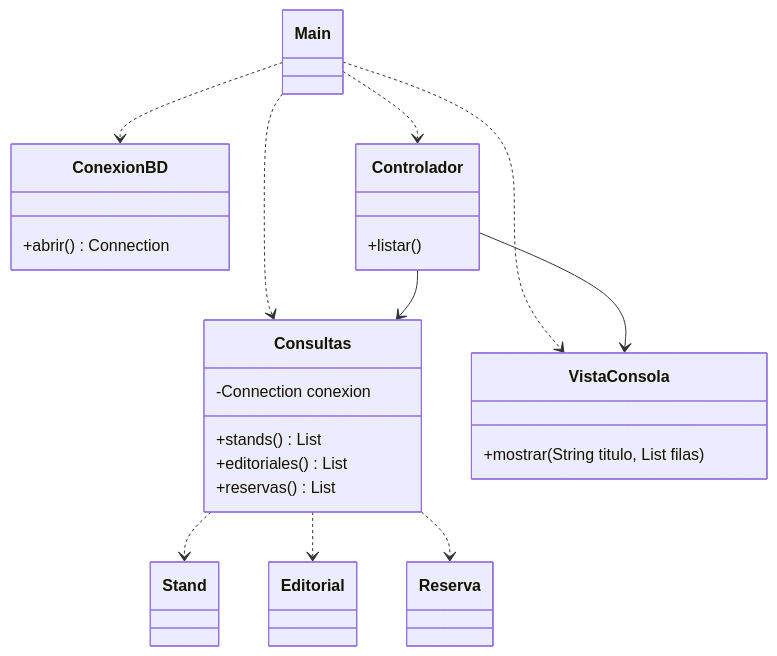
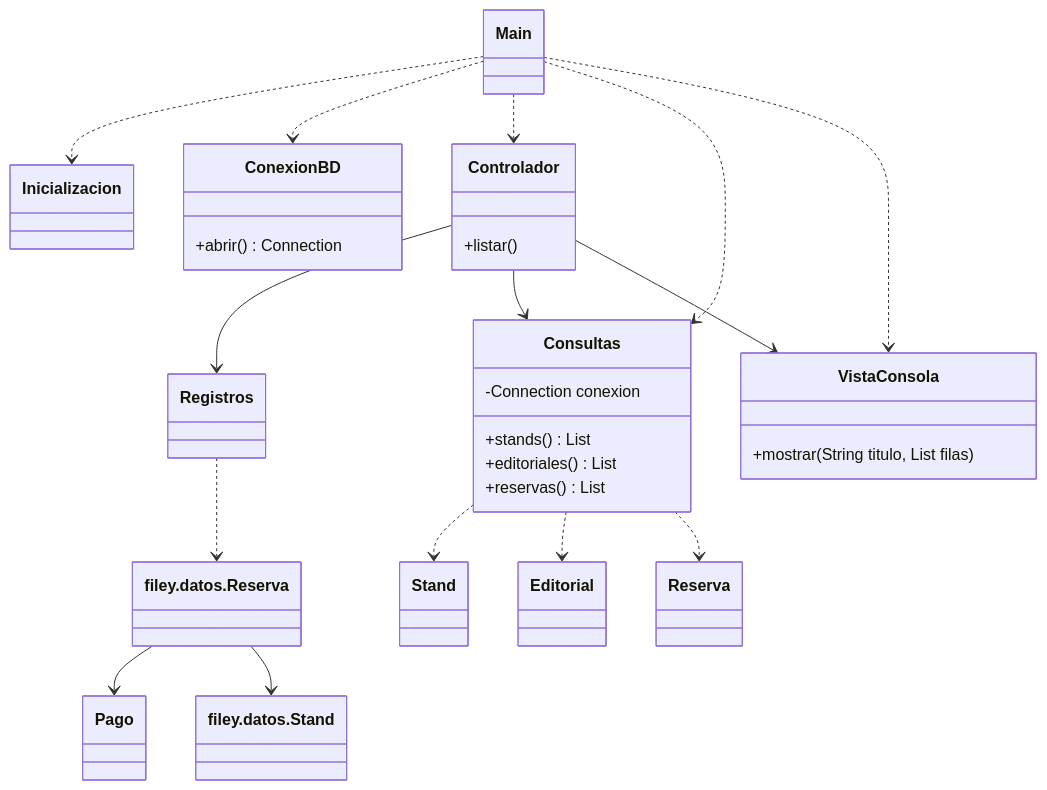
Before and after one commit to saigee-nn/POO-26-PD2: the first of 2 diagrams in pd4/README.md, drawn with Mermaid. The commit also changed other lines of this file and 12 other files, not shown here.

````diff
--- a/pd4/README.md
+++ b/pd4/README.md
@@ -19,27 +40,34 @@
 ```mermaid
 classDiagram
+Main ..> Inicializacion
+Controlador --> Registros
+Registros ..> ReservaDominio
+ReservaDominio --> Pago
+ReservaDominio --> StandDominio
+class ReservaDominio["filey.datos.Reserva"]
+class StandDominio["filey.datos.Stand"]
 Main ..> ConexionBD
 Main ..> Controlador
 Main ..> Consultas
 Main ..> VistaConsola
 Controlador --> Consultas
 Controlador --> VistaConsola
 Consultas ..> Stand
 Consultas ..> Editorial
 Consultas ..> Reserva
 class ConexionBD {
   +abrir() Connection
 }
 class Consultas {
   -Connection conexion
   +stands() List
   +editoriales() List
   +reservas() List
 }
 class Controlador {
   +listar()
 }
 class VistaConsola {
   +mostrar(String titulo, List filas)
 }
 ```
````
